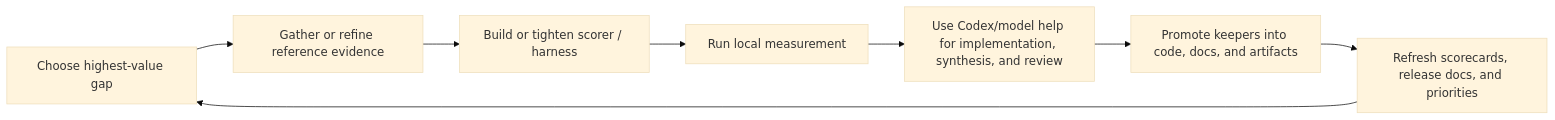
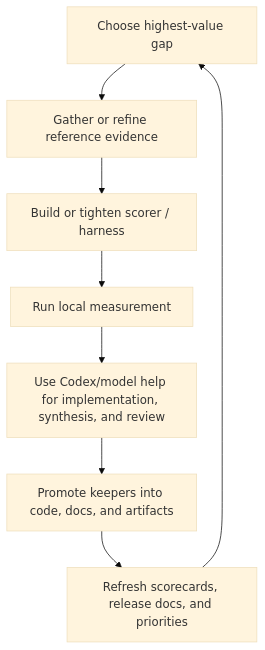
Before and after one commit to sgwoods/Codex-Test1: the second of 2 diagrams in WHITE_PAPER.md, drawn with Mermaid (base theme). The commit also changed other lines of this file and 11 other files, not shown here.

Commit message:
Resolve white paper editorial gaps and validate print diagrams

````diff
--- a/WHITE_PAPER.md
+++ b/WHITE_PAPER.md
@@ -601,10 +617,10 @@
 ```mermaid
-flowchart LR
+flowchart TD
     A["Choose highest-value gap"] --> B["Gather or refine reference evidence"]
     B --> C["Build or tighten scorer / harness"]
     C --> D["Run local measurement"]
     D --> E["Use Codex/model help for implementation, synthesis, and review"]
     E --> F["Promote keepers into code, docs, and artifacts"]
     F --> G["Refresh scorecards, release docs, and priorities"]
     G --> A
 ```
````
